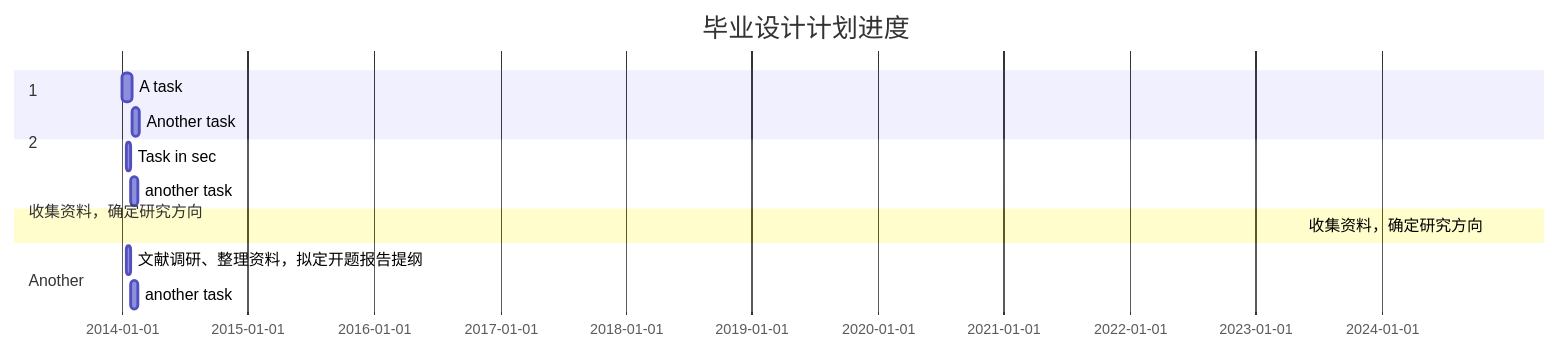
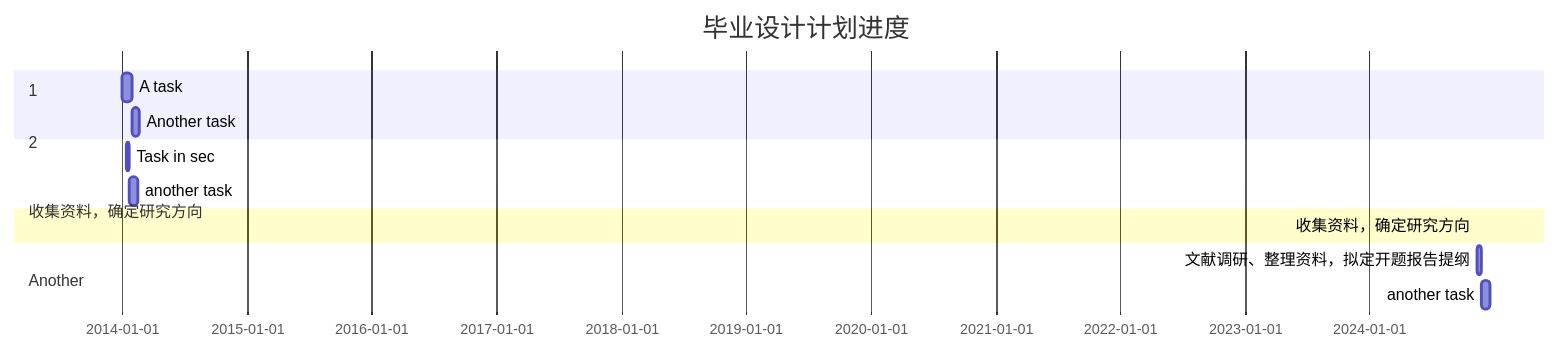
The diagram in all/未命名.md (Kelseyyz/iodraw-files), drawn with Mermaid before and after one commit.

Commit message:
2024-12-30 11:01:24 update

````diff
--- a/all/未命名.md
+++ b/all/未命名.md
@@ -1,20 +1,20 @@
 ```mermaid
 gantt
     title 毕业设计计划进度
     dateFormat  YYYY-MM-DD
     
     section 收集资料，确定研究方向
     A task           :a1, 2014-01-01, 30d
     Another task     :after a1  , 20d
     section Another
     Task in sec      :2014-01-12  , 12d
     another task      : 24d
 
 
     section 1
     收集资料，确定研究方向           : 2024-11-10, 
 
     section 2
-    文献调研、整理资料，拟定开题报告提纲      :2014-01-12  , 12d
+    文献调研、整理资料，拟定开题报告提纲      :2024-11-12  , 12d
     another task      : 24d
 ```
````
